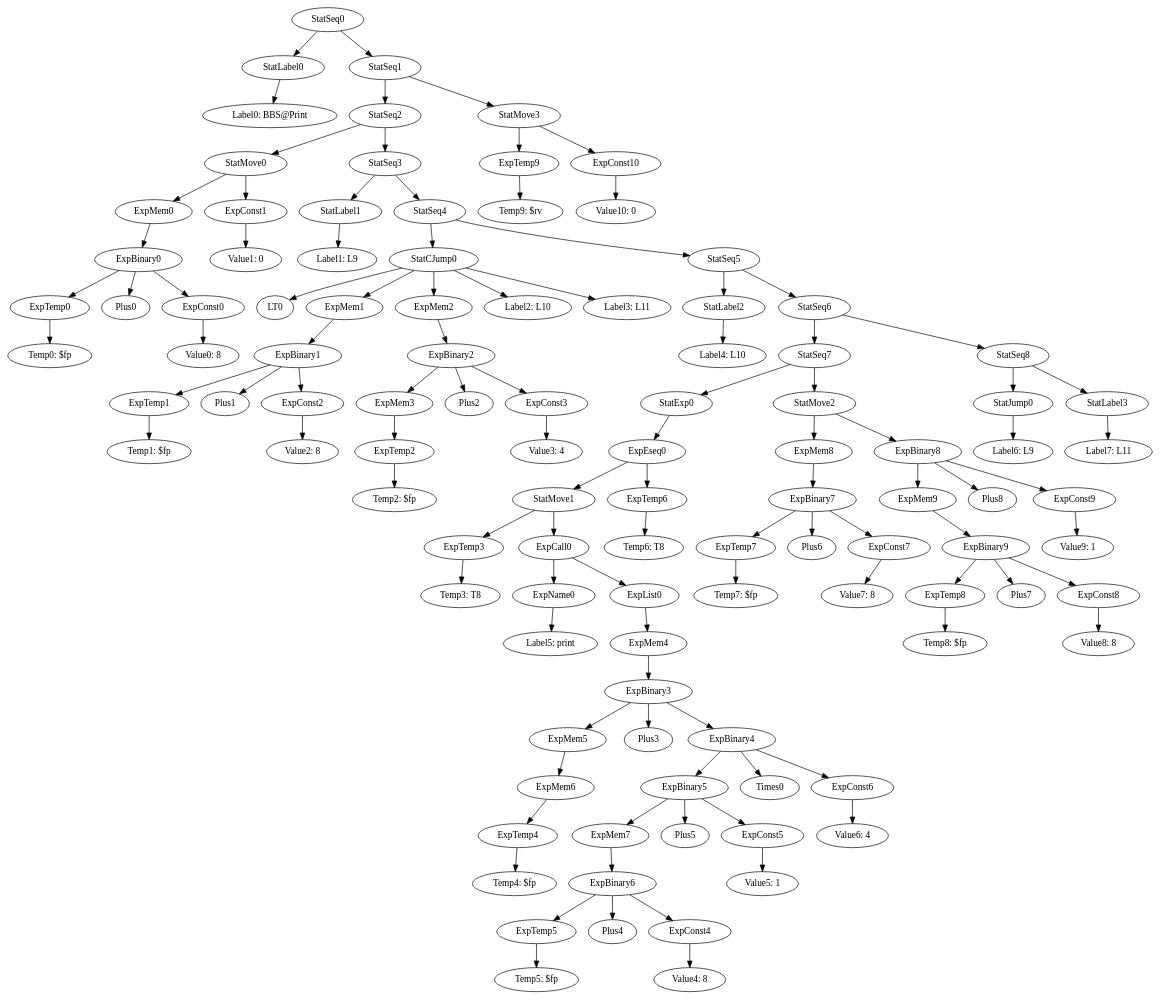
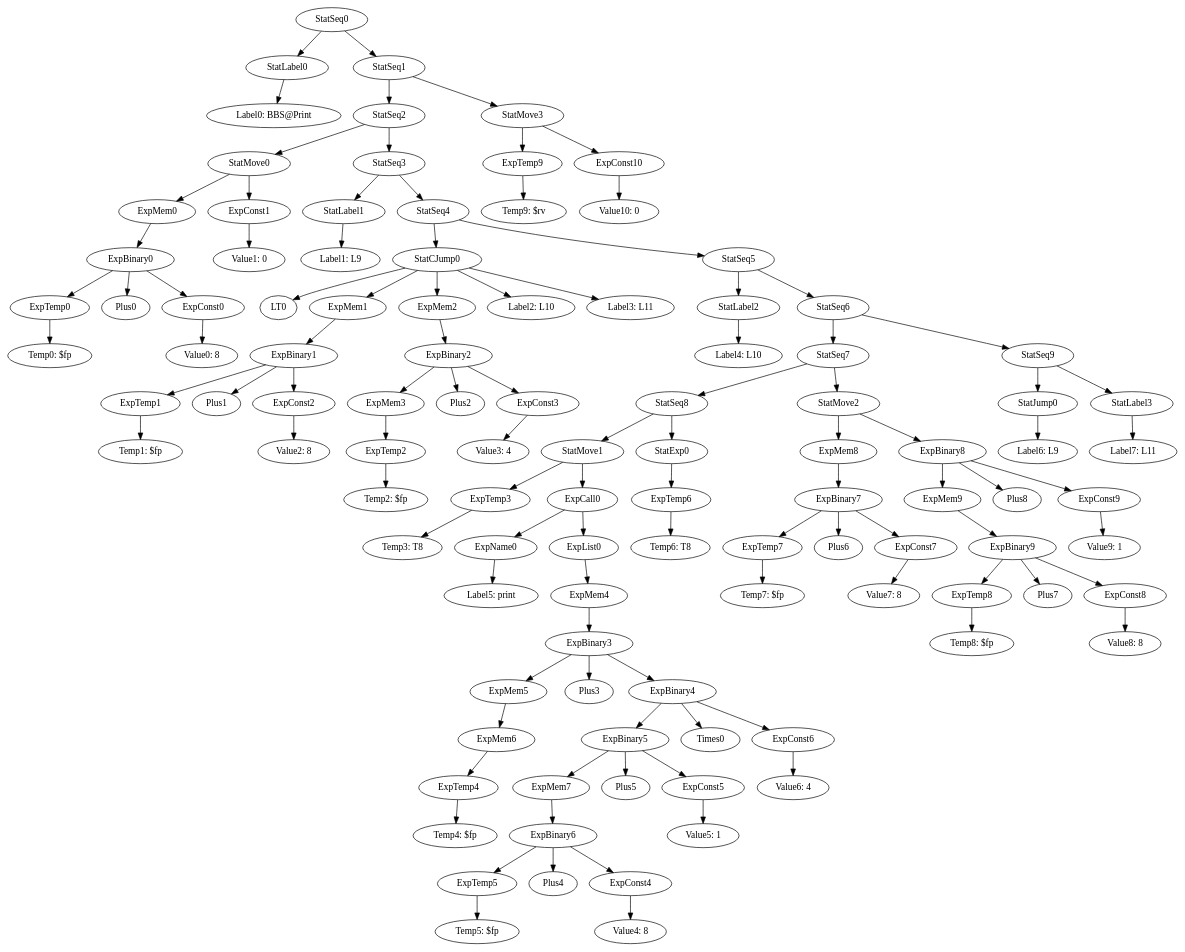
Before and after one commit to team-compilers/compilers: the diagram in MiniJava/results/SamplesCorrect/BubbleSort/irtCanon2_BBS@Print.gv, drawn with Graphviz. The commit also changed 304 other files, not shown here.

```diff
--- a/MiniJava/results/SamplesCorrect/BubbleSort/irtCanon2_BBS@Print.gv
+++ b/MiniJava/results/SamplesCorrect/BubbleSort/irtCanon2_BBS@Print.gv
@@ -1,107 +1,107 @@
 digraph {
 	ordering = out;
 	ExpConst10 -> "Value10: 0";
 	StatMove3 -> ExpTemp9;
 	StatMove3 -> ExpConst10;
 	StatJump0 -> "Label6: L9";
 	StatSeq6 -> StatSeq7;
-	StatSeq6 -> StatSeq8;
+	StatSeq6 -> StatSeq9;
 	ExpBinary8 -> ExpMem9;
 	ExpBinary8 -> Plus8;
 	ExpBinary8 -> ExpConst9;
 	ExpTemp9 -> "Temp9: $rv";
 	ExpBinary9 -> ExpTemp8;
 	ExpBinary9 -> Plus7;
 	ExpBinary9 -> ExpConst8;
 	StatMove2 -> ExpMem8;
 	StatMove2 -> ExpBinary8;
 	StatSeq1 -> StatSeq2;
 	StatSeq1 -> StatMove3;
 	ExpMem8 -> ExpBinary7;
 	ExpConst7 -> "Value7: 8";
 	ExpTemp8 -> "Temp8: $fp";
 	ExpBinary7 -> ExpTemp7;
 	ExpBinary7 -> Plus6;
 	ExpBinary7 -> ExpConst7;
 	ExpTemp2 -> "Temp2: $fp";
 	ExpConst3 -> "Value3: 4";
 	ExpTemp1 -> "Temp1: $fp";
 	ExpTemp5 -> "Temp5: $fp";
 	StatSeq5 -> StatLabel2;
 	StatSeq5 -> StatSeq6;
 	StatMove1 -> ExpTemp3;
 	StatMove1 -> ExpCall0;
 	ExpBinary0 -> ExpTemp0;
 	ExpBinary0 -> Plus0;
 	ExpBinary0 -> ExpConst0;
 	ExpMem4 -> ExpBinary3;
 	StatSeq4 -> StatCJump0;
 	StatSeq4 -> StatSeq5;
 	ExpMem2 -> ExpBinary2;
 	StatLabel1 -> "Label1: L9";
+	StatSeq9 -> StatJump0;
+	StatSeq9 -> StatLabel3;
 	ExpCall0 -> ExpName0;
 	ExpCall0 -> ExpList0;
 	StatMove0 -> ExpMem0;
 	StatMove0 -> ExpConst1;
 	ExpTemp7 -> "Temp7: $fp";
 	ExpTemp0 -> "Temp0: $fp";
 	StatSeq3 -> StatLabel1;
 	StatSeq3 -> StatSeq4;
 	ExpMem7 -> ExpBinary6;
 	ExpBinary2 -> ExpMem3;
 	ExpBinary2 -> Plus2;
 	ExpBinary2 -> ExpConst3;
 	ExpMem5 -> ExpMem6;
 	StatLabel0 -> "Label0: BBS@Print";
-	StatSeq7 -> StatExp0;
+	StatSeq7 -> StatSeq8;
 	StatSeq7 -> StatMove2;
 	StatLabel2 -> "Label4: L10";
 	ExpMem3 -> ExpTemp2;
 	ExpBinary1 -> ExpTemp1;
 	ExpBinary1 -> Plus1;
 	ExpBinary1 -> ExpConst2;
 	ExpMem0 -> ExpBinary0;
 	ExpBinary6 -> ExpTemp5;
 	ExpBinary6 -> Plus4;
 	ExpBinary6 -> ExpConst4;
 	StatSeq2 -> StatMove0;
 	StatSeq2 -> StatSeq3;
 	ExpMem9 -> ExpBinary9;
 	ExpMem1 -> ExpBinary1;
 	ExpConst6 -> "Value6: 4";
 	ExpConst1 -> "Value1: 0";
-	StatSeq8 -> StatJump0;
-	StatSeq8 -> StatLabel3;
 	ExpTemp3 -> "Temp3: T8";
+	StatSeq8 -> StatMove1;
+	StatSeq8 -> StatExp0;
 	ExpName0 -> "Label5: print";
 	ExpTemp4 -> "Temp4: $fp";
 	ExpMem6 -> ExpTemp4;
 	ExpConst2 -> "Value2: 8";
 	ExpBinary3 -> ExpMem5;
 	ExpBinary3 -> Plus3;
 	ExpBinary3 -> ExpBinary4;
 	ExpConst5 -> "Value5: 1";
 	StatLabel3 -> "Label7: L11";
 	ExpConst8 -> "Value8: 8";
 	ExpConst4 -> "Value4: 8";
 	StatSeq0 -> StatLabel0;
 	StatSeq0 -> StatSeq1;
-	StatExp0 -> ExpEseq0;
+	StatExp0 -> ExpTemp6;
 	ExpConst9 -> "Value9: 1";
 	ExpBinary5 -> ExpMem7;
 	ExpBinary5 -> Plus5;
 	ExpBinary5 -> ExpConst5;
 	ExpConst0 -> "Value0: 8";
 	ExpBinary4 -> ExpBinary5;
 	ExpBinary4 -> Times0;
 	ExpBinary4 -> ExpConst6;
 	StatCJump0 -> LT0;
 	StatCJump0 -> ExpMem1;
 	StatCJump0 -> ExpMem2;
 	StatCJump0 -> "Label2: L10";
 	StatCJump0 -> "Label3: L11";
 	ExpList0 -> ExpMem4;
-	ExpEseq0 -> StatMove1;
-	ExpEseq0 -> ExpTemp6;
 	ExpTemp6 -> "Temp6: T8";
 }
```
